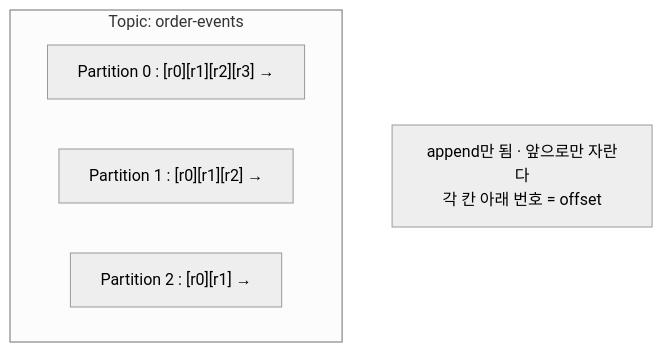
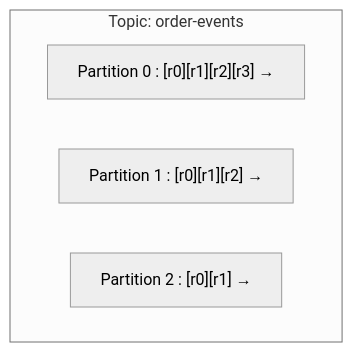
The second of 3 diagrams in docs/book/1-internals/01-what-is-kafka.md (ghtjr410/kafka-lab), drawn with Mermaid (neutral theme) before and after one commit. The commit also changed other lines of this file and 1 other file, not shown here.

````diff
--- a/docs/book/1-internals/01-what-is-kafka.md
+++ b/docs/book/1-internals/01-what-is-kafka.md
@@ -53,10 +52,9 @@
 ```mermaid
 graph TB
     subgraph "Topic: order-events"
         direction LR
         P0["Partition 0 : [r0][r1][r2][r3] →"]
         P1["Partition 1 : [r0][r1][r2] →"]
         P2["Partition 2 : [r0][r1] →"]
     end
-    Note["append만 됨 · 앞으로만 자란다<br/>각 칸 아래 번호 = offset"]
 ```
````
